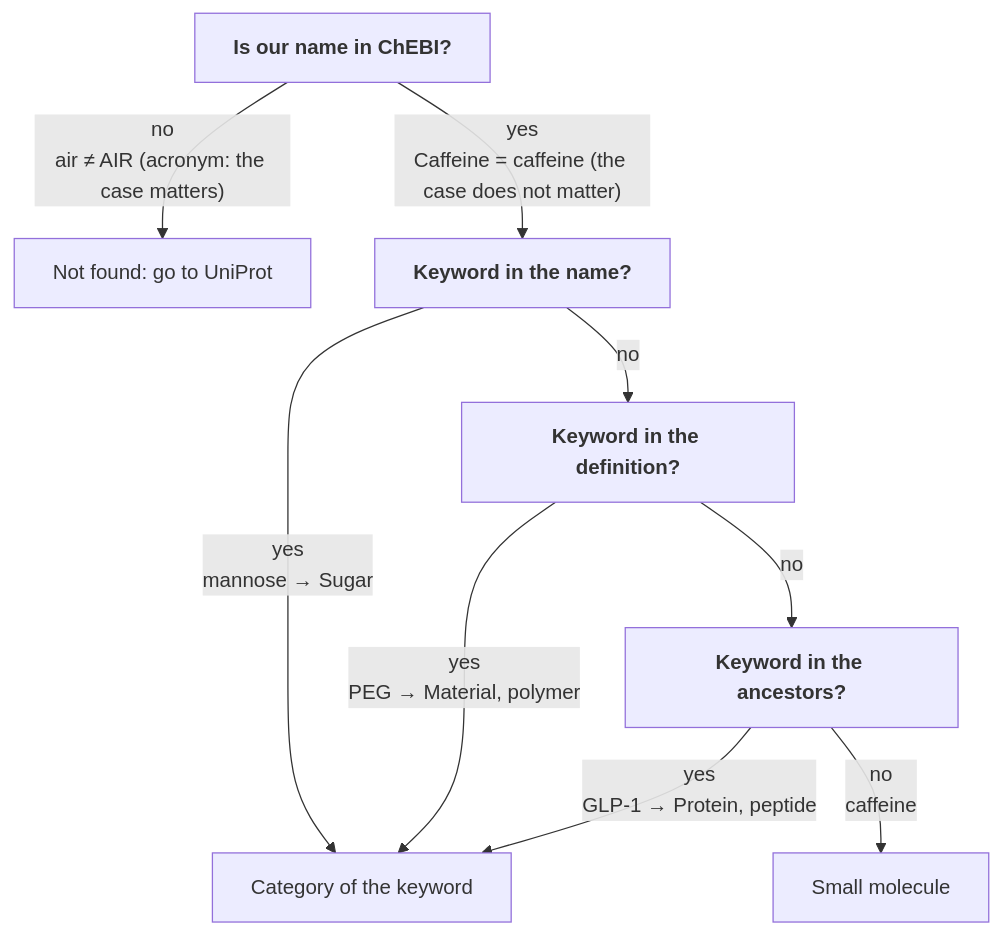
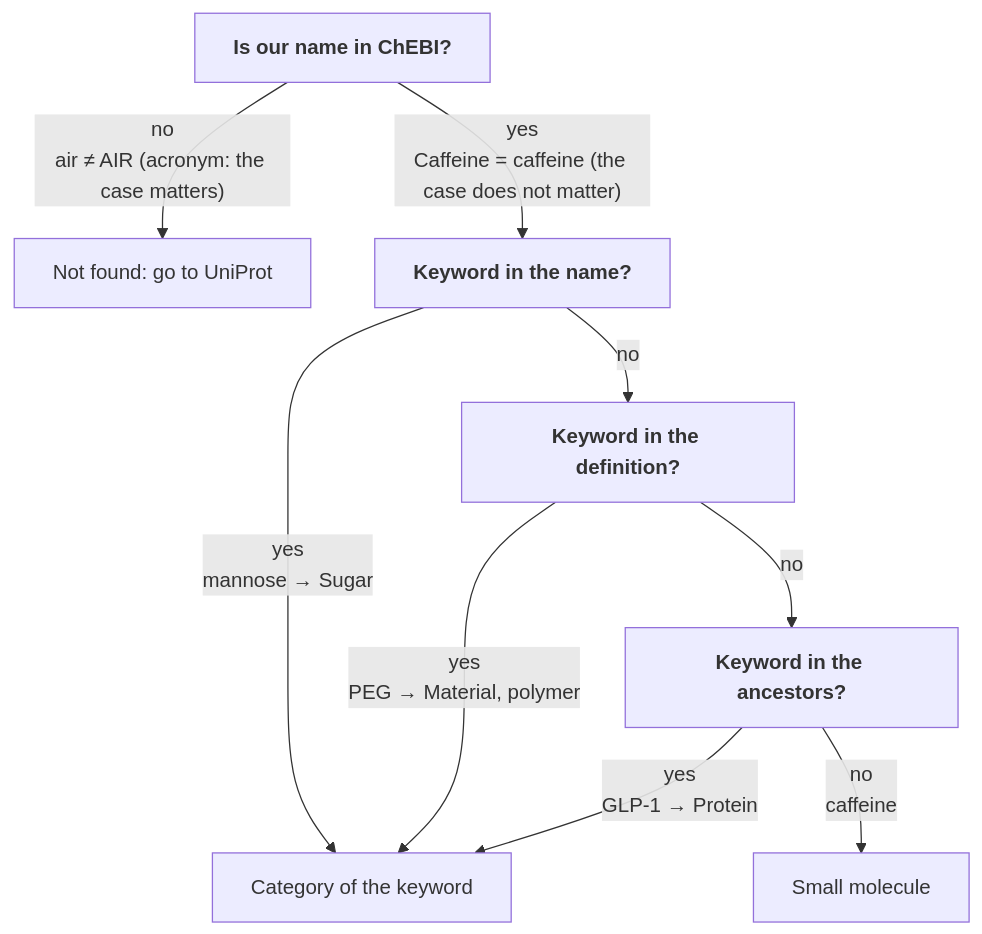
Before and after one commit to MDverse/mdner_llm: the second of 4 diagrams in docs/molecules_classification.md, drawn with Mermaid. The commit also changed other lines of this file and 4 other files, not shown here.

Commit message:
refactor: Rename the "Protein, peptide" category to "Protein"

````diff
--- a/docs/molecules_classification.md
+++ b/docs/molecules_classification.md
@@ -189,12 +189,12 @@
 ```mermaid
 flowchart TD
     A["<b>Is our name in ChEBI?</b>"]
     A -- "no<br/>air ≠ AIR (acronym: the case matters)" --> X["Not found: go to UniProt"]
     A -- "yes<br/>Caffeine = caffeine (the case does not matter)" --> E["<b>Keyword in the name?</b>"]
     E -- "yes<br/>mannose → Sugar" --> Z["Category of the keyword"]
     E -- "no" --> F["<b>Keyword in the definition?</b>"]
     F -- "yes<br/>PEG → Material, polymer" --> Z
     F -- "no" --> G["<b>Keyword in the ancestors?</b>"]
-    G -- "yes<br/>GLP-1 → Protein, peptide" --> Z
+    G -- "yes<br/>GLP-1 → Protein" --> Z
     G -- "no<br/>caffeine" --> H["Small molecule"]
 ```
````
